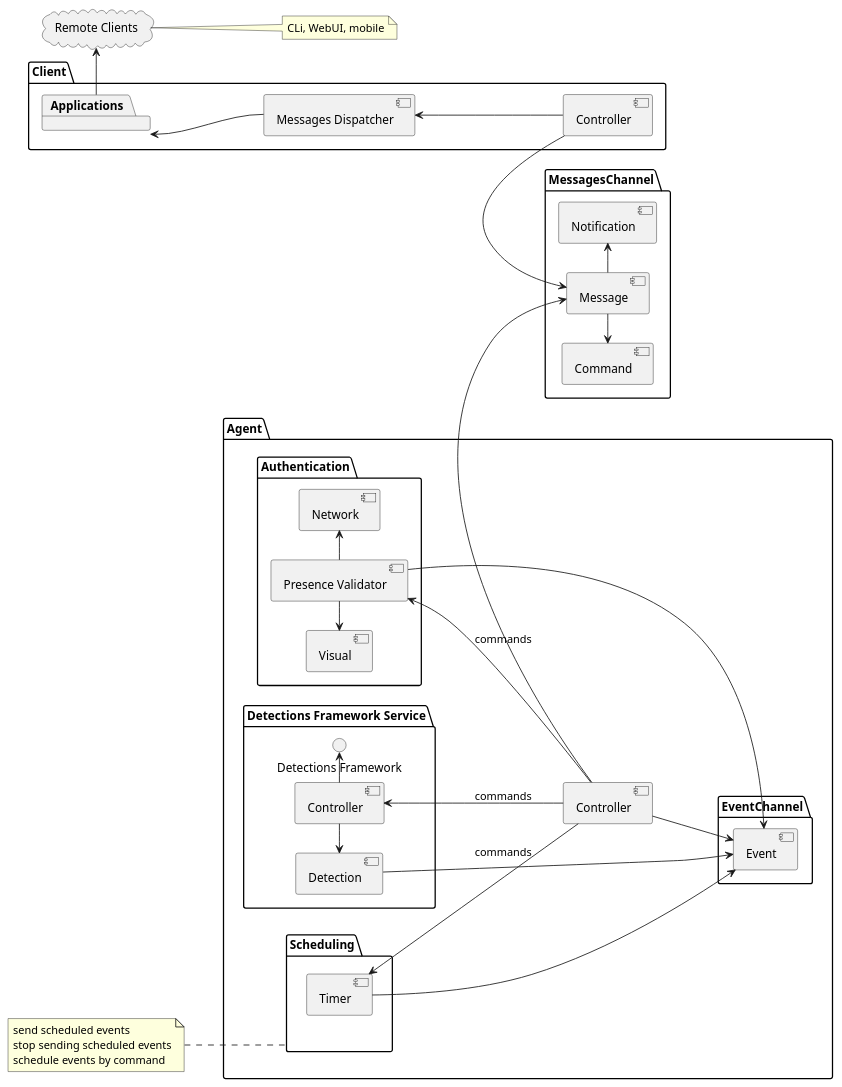
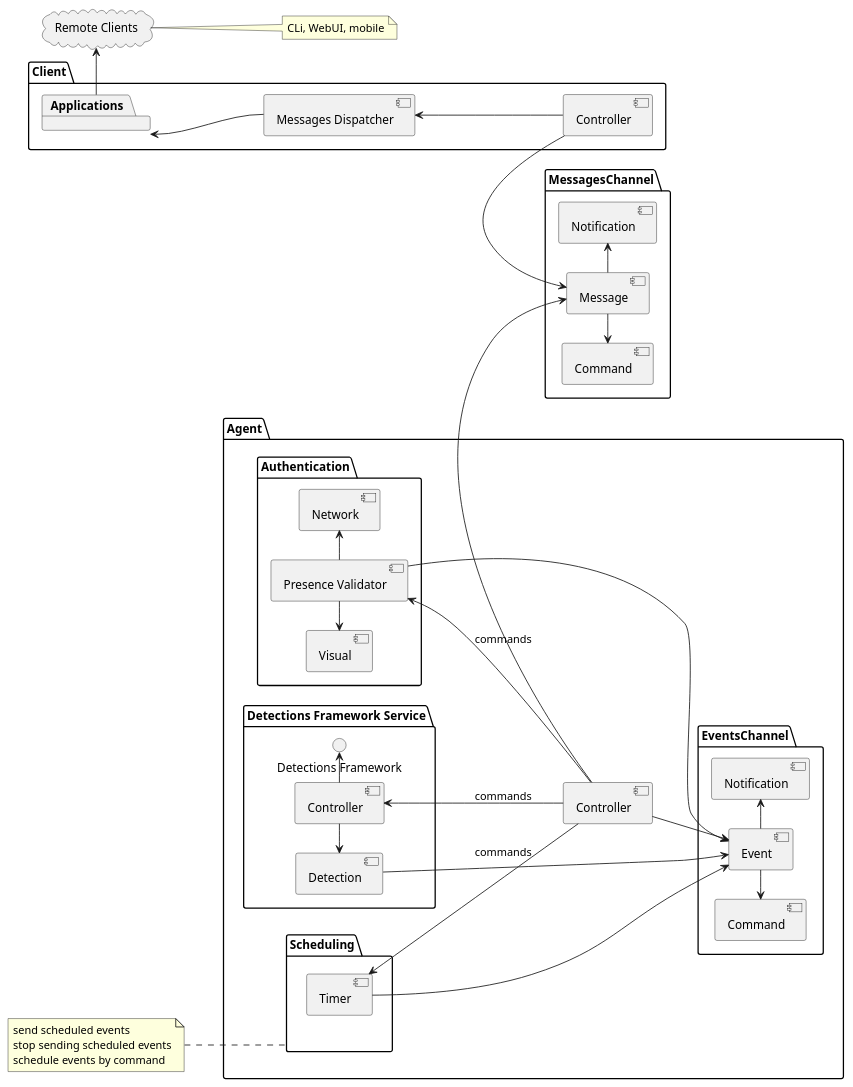
Before and after one commit to saratoga8/motion_notifier: the diagram in docs/components.puml, drawn with PlantUML. The commit also changed 4 other files, not shown here.

```diff
--- a/docs/components.puml
+++ b/docs/components.puml
@@ -1,70 +1,76 @@
 @startuml
 'https://plantuml.com/component-diagram
 
 left to right direction
 
 package "Agent" {
     [Controller] as Agent_Controller
     package "Authentication" {
       [Presence Validator]
       [Network]
       [Visual]
     }
 
     package "Detections Framework Service" {
       () "Detections Framework" as DF
       [Controller] -> DF
       [Detection] <- [Controller]
     }
 
 
-    package EventChannel {
+    package EventsChannel {
+      [Command] as EventCmd
+      [EventCmd] <- [Event]
       Agent_Controller --> [Event]
       [Presence Validator] -> [Event]
       [Detection] -> [Event]
+      [Notification] as CmdNotification
+      [Event] -> [CmdNotification]
     }
 
     package "Scheduling" {
       [Timer] -> [Event]
     }
 }
 
 package "Client" {
     [Controller] as Client_Controller
     [Messages Dispatcher] <-- Client_Controller
 
     package [Applications] {
     }
 }
 
 package MessagesChannel {
-    [Command] <- [Message]
+    [Command] as MsgCommand
+    [MsgCommand] <- [Message]
     [Message]
-    [Message] -> [Notification]
+    [Notification] as MsgNotification
+    [Message] -> [MsgNotification]
 }
 
 
 cloud "Remote Clients" {
 }
 
 [Applications] <-- [Messages Dispatcher]
 [Applications] -> "Remote Clients"
 Client_Controller -> [Message]
 Agent_Controller -> [Message]
 
 [Controller] <-- Agent_Controller : commands
 [Presence Validator] <-- Agent_Controller : commands
 [Timer] <-- Agent_Controller : commands
 
 [Presence Validator] -> [Network]
 [Visual] <- [Presence Validator]
 
 note right of "Remote Clients": CLi, WebUI, mobile
     note left of "Scheduling"
       send scheduled events
       stop sending scheduled events
       schedule events by command
 end note
 
 
 @enduml
```
